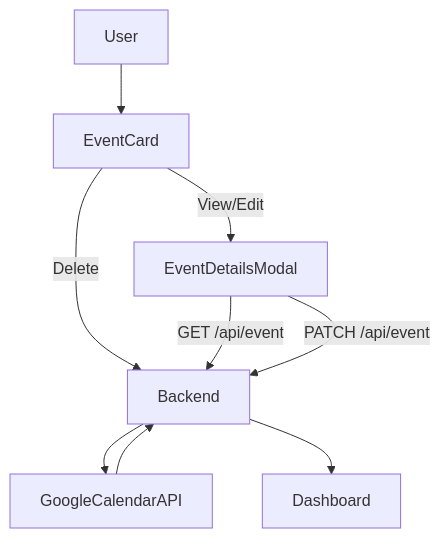
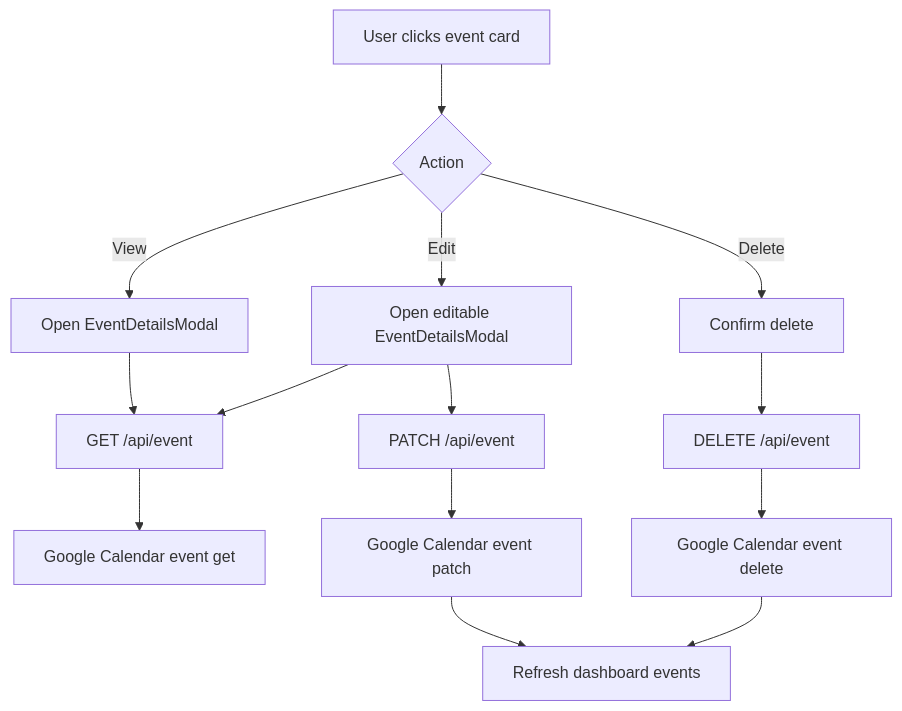
The fourth of 9 diagrams in PROJECT_DOCUMENTATION.md (rishabrkb123-collab/google-calendar-rag-chatbot), drawn with Mermaid before and after one commit. The commit also changed other lines of this file and 1 other file, not shown here.

````diff
--- a/PROJECT_DOCUMENTATION.md
+++ b/PROJECT_DOCUMENTATION.md
@@ -111,11 +186,16 @@
 ```mermaid
 flowchart TD
-    User --> EventCard
-    EventCard -->|View/Edit| EventDetailsModal
-    EventCard -->|Delete| Backend
-    EventDetailsModal -->|GET /api/event| Backend
-    EventDetailsModal -->|PATCH /api/event| Backend
-    Backend --> GoogleCalendarAPI
-    GoogleCalendarAPI --> Backend
-    Backend --> Dashboard
+    A[User clicks event card] --> B{Action}
+    B -->|View| C[Open EventDetailsModal]
+    B -->|Edit| D[Open editable EventDetailsModal]
+    B -->|Delete| E[Confirm delete]
+    C --> F[GET /api/event]
+    D --> F
+    D --> G[PATCH /api/event]
+    E --> H[DELETE /api/event]
+    F --> I[Google Calendar event get]
+    G --> J[Google Calendar event patch]
+    H --> K[Google Calendar event delete]
+    J --> L[Refresh dashboard events]
+    K --> L
 ```
````
